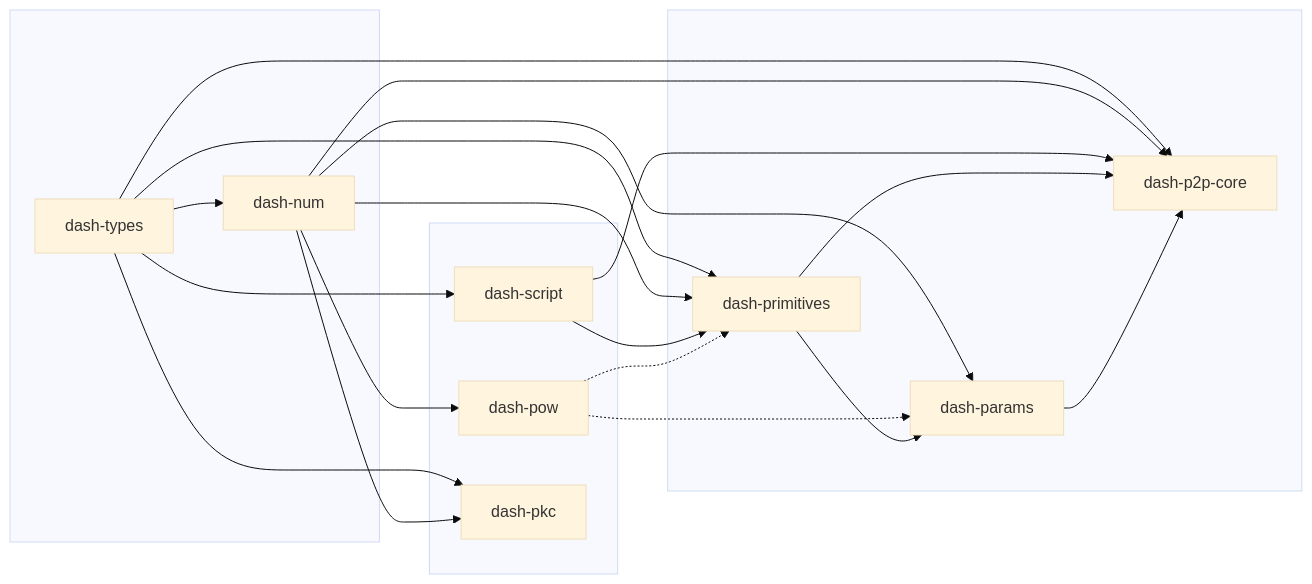
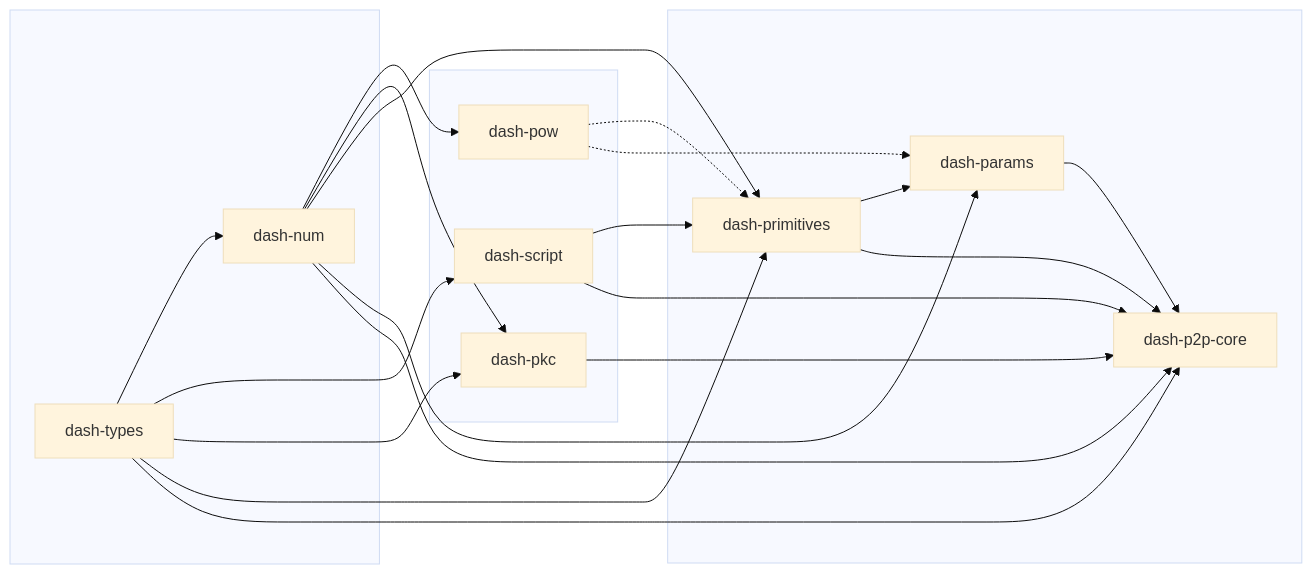
The diagram in README.md (dashpay/base-sdk), drawn with Mermaid (base theme) before and after one commit. The commit also changed 12 other files, not shown here.

````diff
--- a/README.md
+++ b/README.md
@@ -36,35 +36,36 @@
 ```mermaid
 graph LR
   subgraph " "
     types[dash-types]
     num[dash-num]
   end
   subgraph "  "
     script[dash-script]
     pow[dash-pow]
     pkc[dash-pkc]
   end
   subgraph "   "
     primitives[dash-primitives]
     params[dash-params]
     p2p_core[dash-p2p-core]
   end
 
   types --> num
   types --> script
   types --> pkc
   types --> primitives
   types --> p2p_core
   num --> pow
   num --> pkc
   num --> primitives
   num --> params
   num --> p2p_core
   script --> primitives
   script --> p2p_core
+  pkc --> p2p_core
   pow -.-> primitives
   pow -.-> params
   primitives --> params
   primitives --> p2p_core
   params --> p2p_core
 ```
````
